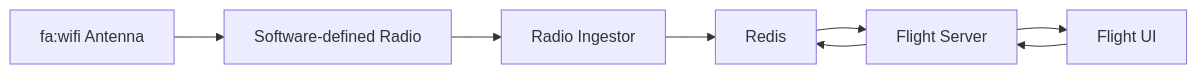
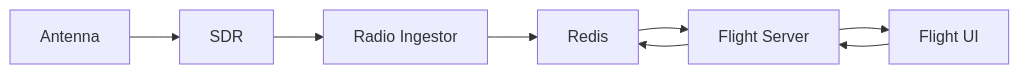
One commit to guyroyse/tracking-aircraft changed the diagram in README.md. Above: the diagram before and after it, drawn with Mermaid.

Commit message:
trying out a mermaid diagram

````diff
--- a/README.md
+++ b/README.md
@@ -157,10 +157,10 @@
 ```mermaid
 flowchart LR
-  A["fa:wifi Antenna"] --> B[Software-defined Radio]
-  B --> C[Radio Ingestor]
+  A["Antenna"] --> B[SDR]
+  B --> C["Radio Ingestor"]
   C --> D[Redis]
-  D --> E[Flight Server]
+  D --> E["Flight Server"]
   E --> D
-  E --> F[Flight UI]
+  E --> F["Flight UI"]
   F --> E
 ```
````
